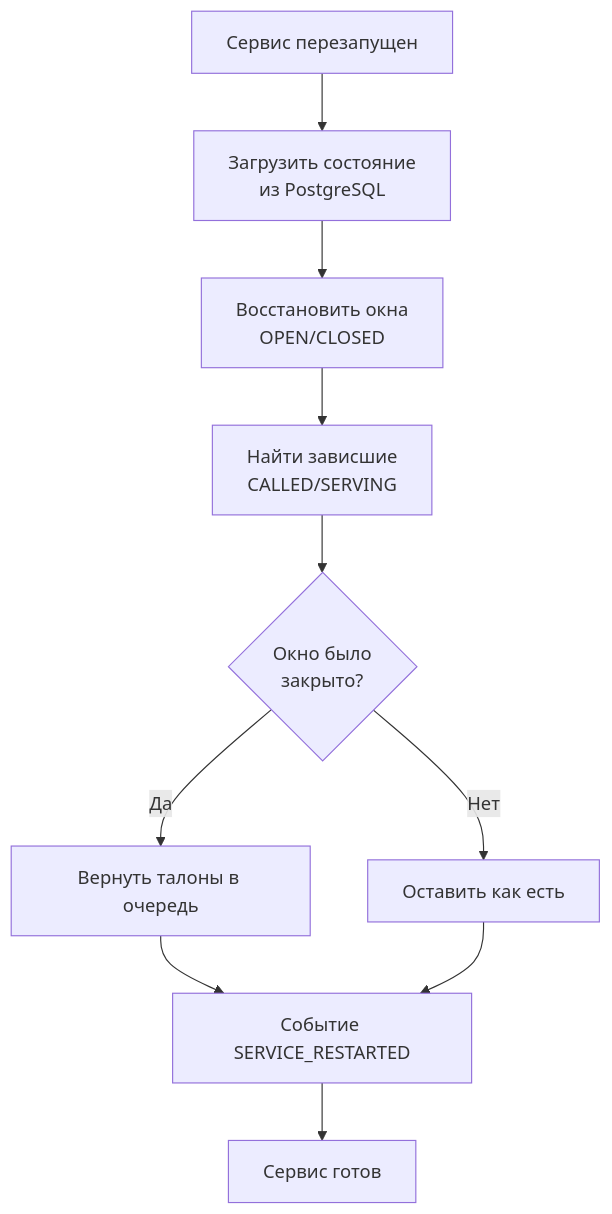
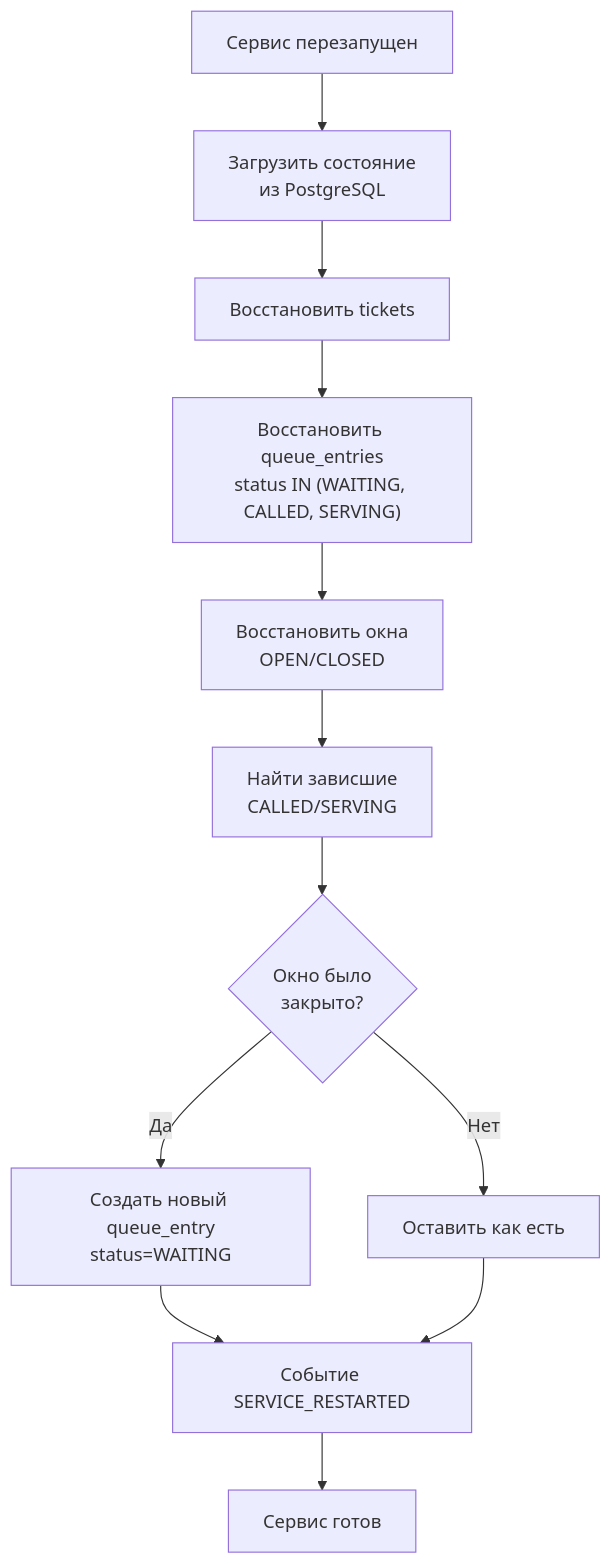
The sixth of 6 diagrams in docs/priority-algorithm.md (Rodion-NTQ-TEAM/tsifrovaya-ochere), drawn with Mermaid before and after one commit. The commit also changed other lines of this file, not shown here.

````diff
--- a/docs/priority-algorithm.md
+++ b/docs/priority-algorithm.md
@@ -130,12 +147,14 @@
 ```mermaid
 flowchart TD
     RESTART["Сервис перезапущен"] --> LOAD["Загрузить состояние<br/>из PostgreSQL"]
-    LOAD --> WINDOWS["Восстановить окна<br/>OPEN/CLOSED"]
+    LOAD --> TICKETS["Восстановить tickets"]
+    TICKETS --> ENTRIES["Восстановить queue_entries<br/>status IN (WAITING, CALLED, SERVING)"]
+    ENTRIES --> WINDOWS["Восстановить окна<br/>OPEN/CLOSED"]
     WINDOWS --> STUCK["Найти зависшие<br/>CALLED/SERVING"]
     STUCK --> CHECK{"Окно было<br/>закрыто?"}
-    CHECK -->|Да| RETURN["Вернуть талоны в очередь"]
+    CHECK -->|Да| RETURN["Создать новый queue_entry<br/>status=WAITING"]
     CHECK -->|Нет| KEEP["Оставить как есть"]
     RETURN --> EVENT["Событие SERVICE_RESTARTED"]
     KEEP --> EVENT
     EVENT --> READY["Сервис готов"]
 ```
````
